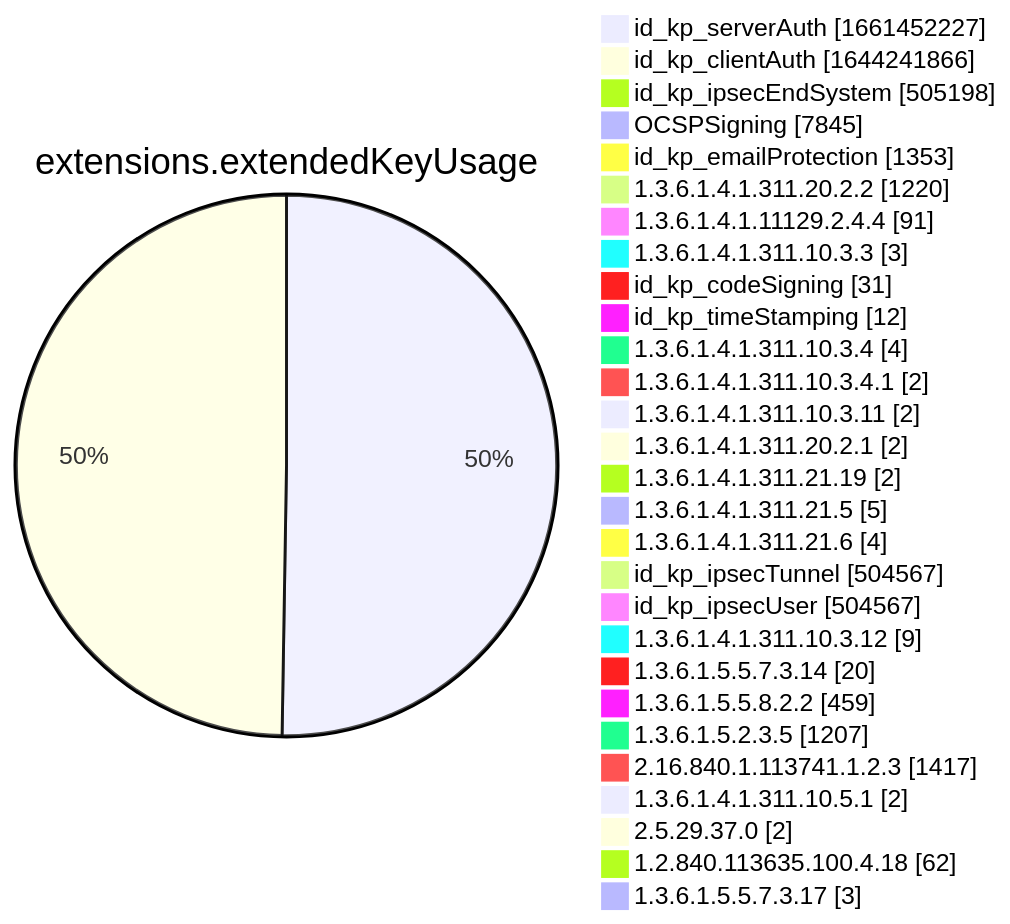
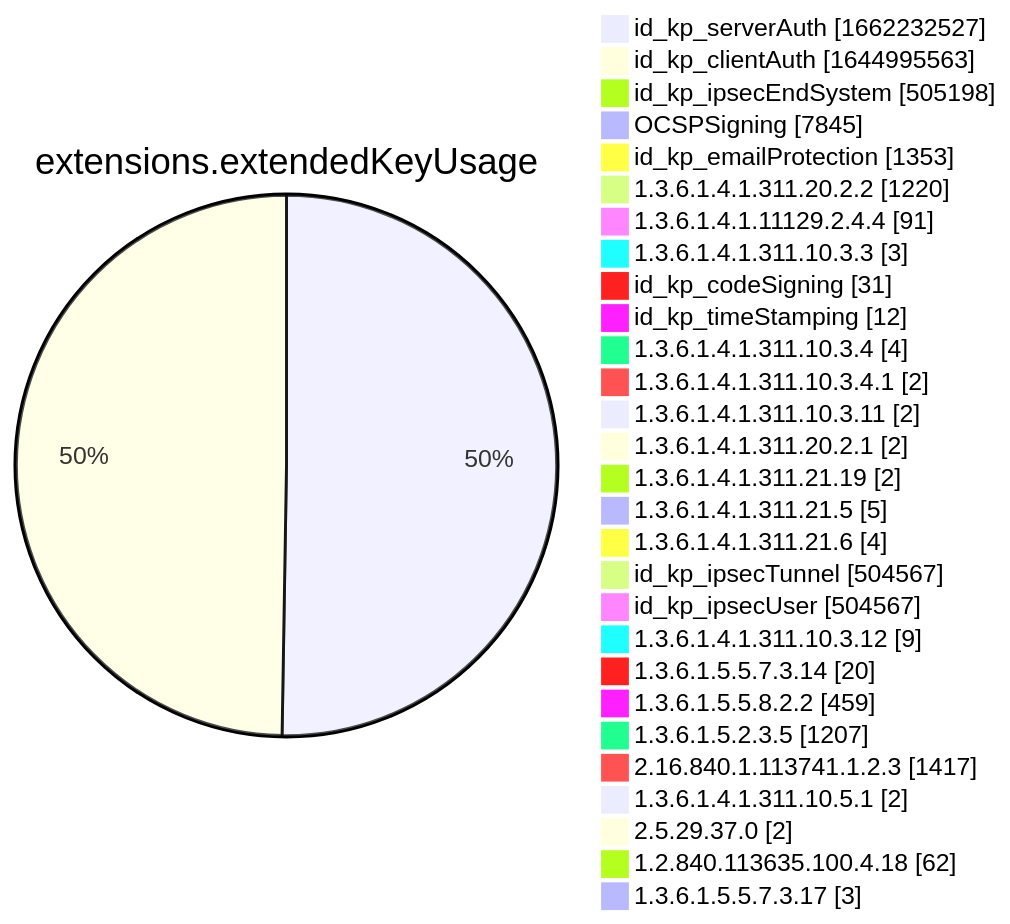
Before and after one commit to christiankrug/ctmonitor_visualization: diagram 12 of 15 in xenon2022/README.md, drawn with Mermaid. The commit also changed other lines of this file, not shown here.

````diff
--- a/xenon2022/README.md
+++ b/xenon2022/README.md
@@ -3887,32 +3887,32 @@
 ```mermaid
 pie showData
 title extensions.extendedKeyUsage
-"id_kp_serverAuth" :1661452227
-"id_kp_clientAuth" :1644241866
+"id_kp_serverAuth" :1662232527
+"id_kp_clientAuth" :1644995563
 "id_kp_ipsecEndSystem" :505198
 "OCSPSigning" :7845
 "id_kp_emailProtection" :1353
 "1.3.6.1.4.1.311.20.2.2" :1220
 "1.3.6.1.4.1.11129.2.4.4" :91
 "1.3.6.1.4.1.311.10.3.3" :3
 "id_kp_codeSigning" :31
 "id_kp_timeStamping" :12
 "1.3.6.1.4.1.311.10.3.4" :4
 "1.3.6.1.4.1.311.10.3.4.1" :2
 "1.3.6.1.4.1.311.10.3.11" :2
 "1.3.6.1.4.1.311.20.2.1" :2
 "1.3.6.1.4.1.311.21.19" :2
 "1.3.6.1.4.1.311.21.5" :5
 "1.3.6.1.4.1.311.21.6" :4
 "id_kp_ipsecTunnel" :504567
 "id_kp_ipsecUser" :504567
 "1.3.6.1.4.1.311.10.3.12" :9
 "1.3.6.1.5.5.7.3.14" :20
 "1.3.6.1.5.5.8.2.2" :459
 "1.3.6.1.5.2.3.5" :1207
 "2.16.840.1.113741.1.2.3" :1417
 "1.3.6.1.4.1.311.10.5.1" :2
 "2.5.29.37.0" :2
 "1.2.840.113635.100.4.18" :62
 "1.3.6.1.5.5.7.3.17" :3
 ```
````
